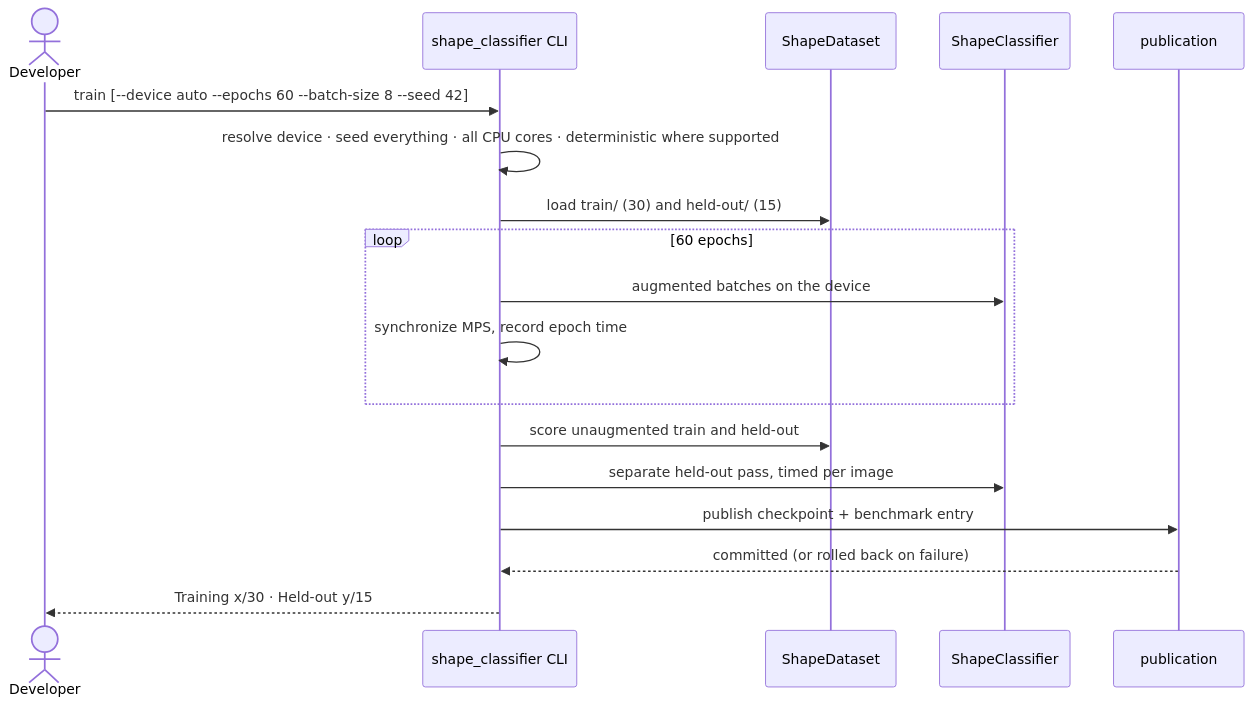
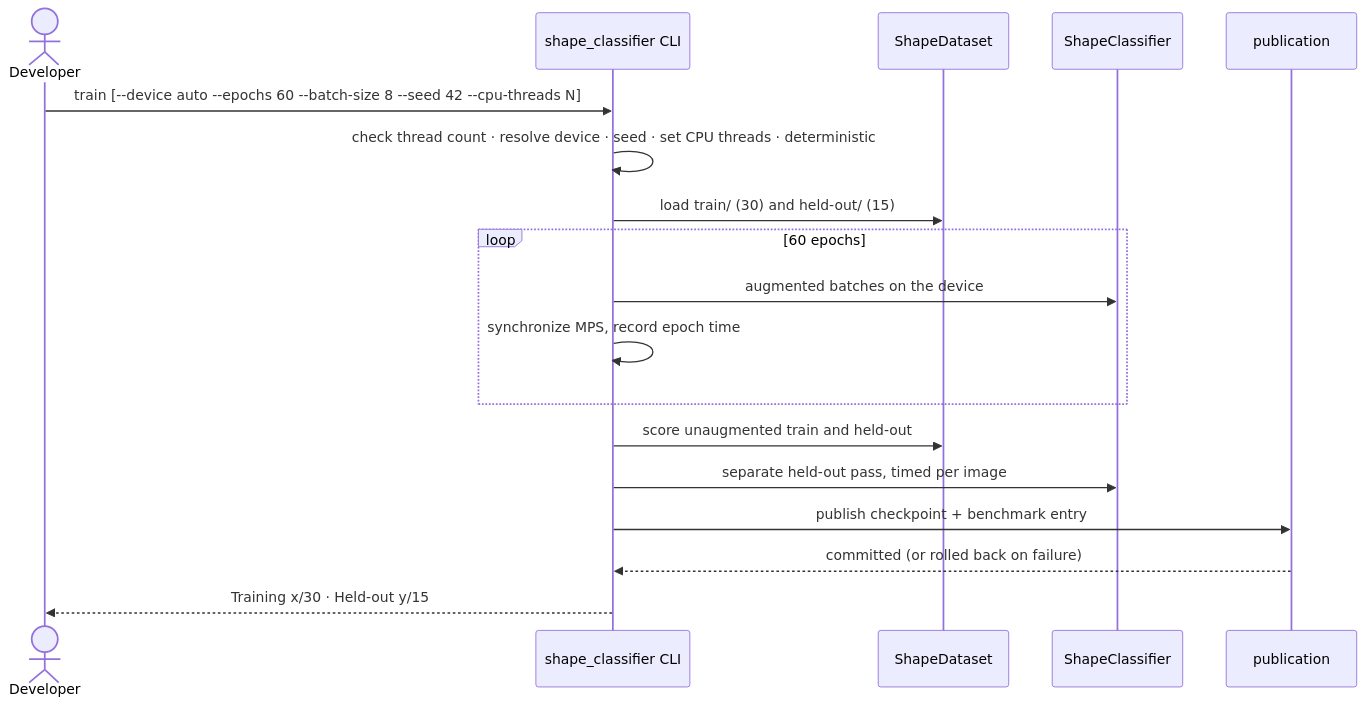
Before and after one commit to nal/ML: the seventh of 15 diagrams in CNN/image_classification/docs/hld/hld.md, drawn with Mermaid. The commit also changed other lines of this file and 1 other file, not shown here.

````diff
--- a/CNN/image_classification/docs/hld/hld.md
+++ b/CNN/image_classification/docs/hld/hld.md
@@ -200,20 +210,20 @@
 ```mermaid
 sequenceDiagram
   actor U as Developer
   participant CLI as shape_classifier CLI
   participant DS as ShapeDataset
   participant M as ShapeClassifier
   participant P as publication
-  U->>CLI: train [--device auto --epochs 60 --batch-size 8 --seed 42]
-  CLI->>CLI: resolve device · seed everything · all CPU cores · deterministic where supported
+  U->>CLI: train [--device auto --epochs 60 --batch-size 8 --seed 42 --cpu-threads N]
+  CLI->>CLI: check thread count · resolve device · seed · set CPU threads · deterministic
   CLI->>DS: load train/ (30) and held-out/ (15)
   loop 60 epochs
     CLI->>M: augmented batches on the device
     CLI->>CLI: synchronize MPS, record epoch time
   end
   CLI->>DS: score unaugmented train and held-out
   CLI->>M: separate held-out pass, timed per image
   CLI->>P: publish checkpoint + benchmark entry
   P-->>CLI: committed (or rolled back on failure)
   CLI-->>U: Training x/30 · Held-out y/15
 ```
````
